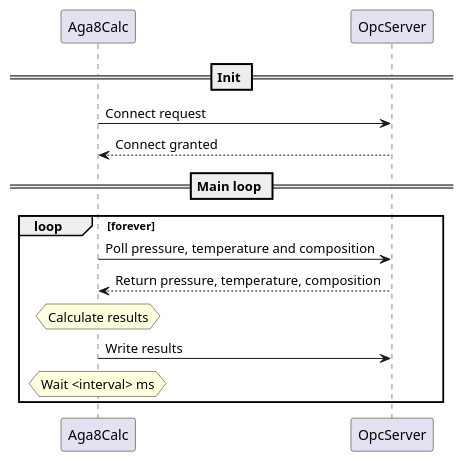
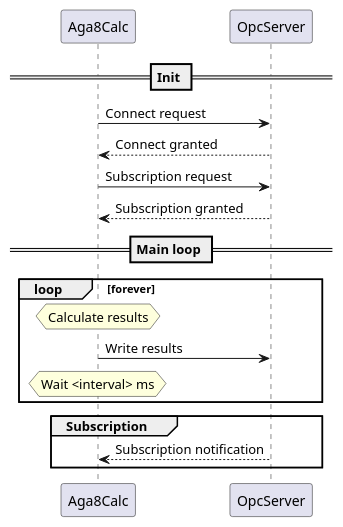
One commit to equinor/Aga8Calc changed the diagram in docs/usermanual.rst. Above: the diagram before and after it, drawn with PlantUML. The commit also changed other lines of this file and 1 other file, not shown here.

Commit message:
Update doc and schema

```diff
--- a/docs/usermanual.rst
+++ b/docs/usermanual.rst
@@ -318,21 +328,25 @@
 .. uml::
 
     @startuml
     scale 1
 
     == Init ==
     Aga8Calc -> OpcServer : Connect request
     OpcServer --> Aga8Calc : Connect granted
+    Aga8Calc -> OpcServer : Subscription request
+    OpcServer --> Aga8Calc : Subscription granted
 
     == Main loop ==
     loop forever
-        Aga8Calc -> OpcServer : Poll pressure, temperature and composition
-        OpcServer --> Aga8Calc : Return pressure, temperature, composition
-
         hnote over Aga8Calc : Calculate results
 
         Aga8Calc -> OpcServer : Write results
 
         hnote over Aga8Calc : Wait <interval> ms
     end
+
+    group Subscription
+      OpcServer --> Aga8Calc : Subscription notification
+    end
+
     @enduml
```
